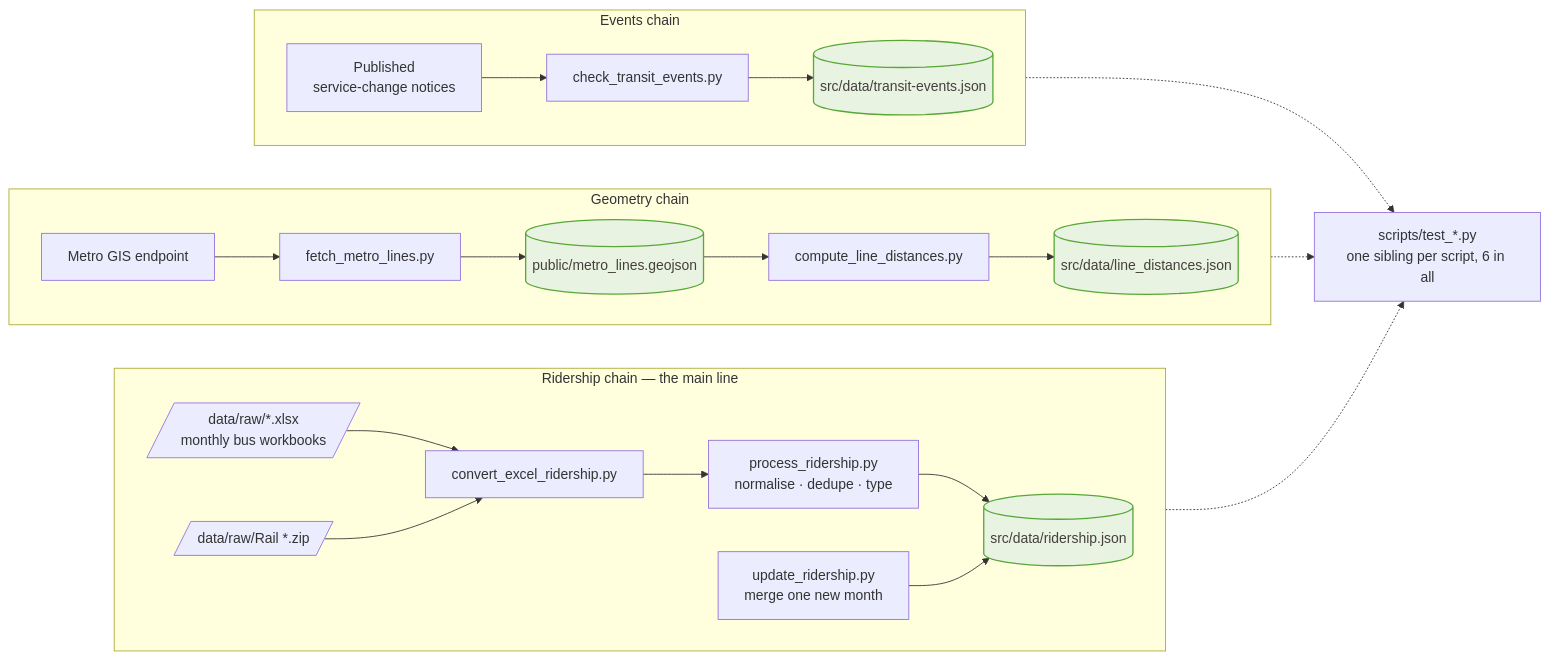
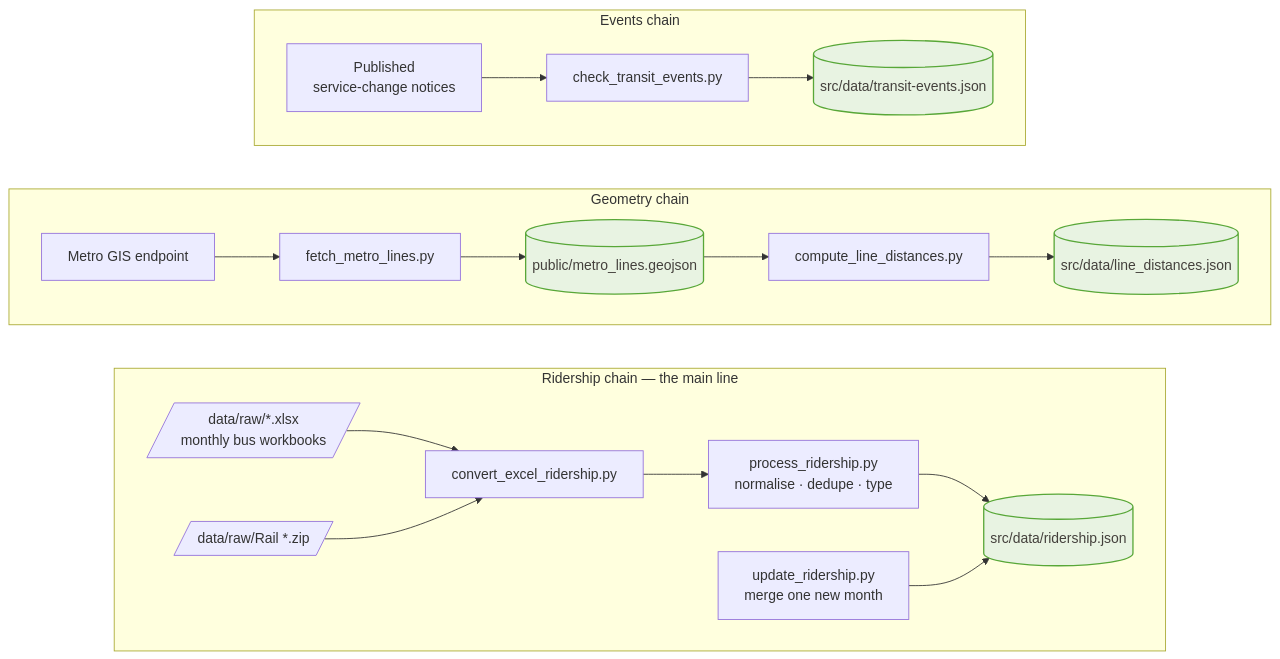
One commit to streetsforall/metro_ridership_app changed the diagram in docs/architecture/mermaid/03-python-data-pipeline.mmd. Above: the diagram before and after it, drawn with Mermaid. The commit also changed 9 other files, not shown here.

```diff
--- a/docs/architecture/mermaid/03-python-data-pipeline.mmd
+++ b/docs/architecture/mermaid/03-python-data-pipeline.mmd
@@ -1,45 +1,39 @@
 flowchart LR
   subgraph ridershipChain["Ridership chain — the main line"]
     direction LR
     xlsx[/"data/raw/*.xlsx<br/>monthly bus workbooks"/]
     zips[/"data/raw/Rail *.zip"/]
     convert["convert_excel_ridership.py"]
     process["process_ridership.py<br/>normalise · dedupe · type"]
     update["update_ridership.py<br/>merge one new month"]
     ridJson[("src/data/ridership.json")]
 
     xlsx --> convert
     zips --> convert
     convert --> process
     process --> ridJson
     update --> ridJson
   end
 
   subgraph geometry["Geometry chain"]
     direction LR
     gisapi["Metro GIS endpoint"]
     fetchLines["fetch_metro_lines.py"]
     geojson[("public/metro_lines.geojson")]
     distances["compute_line_distances.py"]
     distJson[("src/data/line_distances.json")]
 
     gisapi --> fetchLines --> geojson --> distances --> distJson
   end
 
   subgraph eventsChain["Events chain"]
     direction LR
     sources["Published<br/>service-change notices"]
     checkEvents["check_transit_events.py"]
     events[("src/data/transit-events.json")]
 
     sources --> checkEvents --> events
   end
 
-  tests["scripts/test_*.py<br/>one sibling per script, 6 in all"]
-
-  process -.-> tests
-  fetchLines -.-> tests
-  checkEvents -.-> tests
-
   classDef surface fill:#e8f3e2,stroke:#58a738,stroke-width:1.5px,color:#44403c
   class ridJson,geojson,distJson,events surface
```
